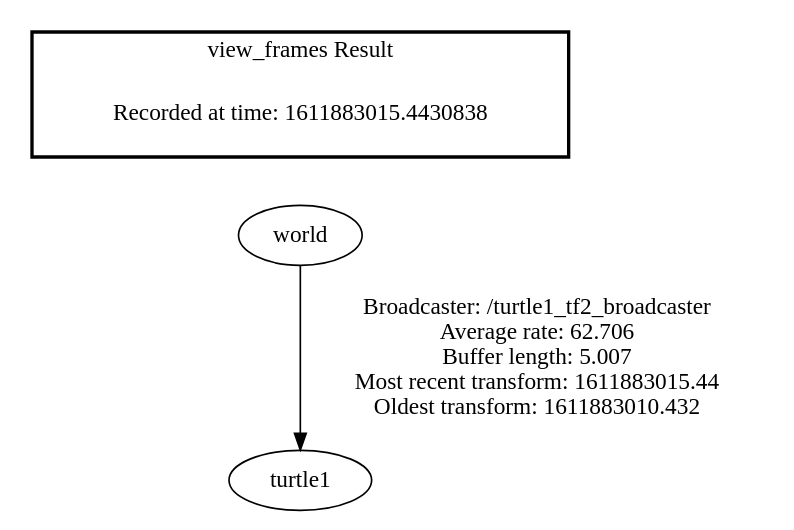
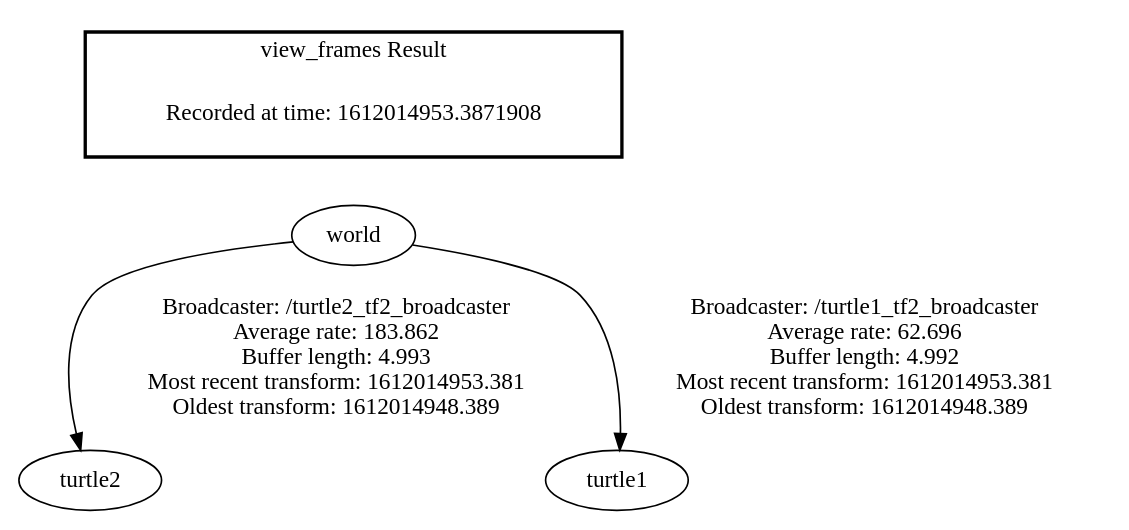
Before and after one commit to PapaBear4/learnROScpp: the diagram in frames.gv, drawn with Graphviz. The commit also changed 39 other files, not shown here.

```diff
--- a/frames.gv
+++ b/frames.gv
@@ -1,7 +1,8 @@
 digraph G {
-"world" -> "turtle1"[label=" Broadcaster: /turtle1_tf2_broadcaster\nAverage rate: 62.706\nBuffer length: 5.007\nMost recent transform: 1611883015.44\nOldest transform: 1611883010.432\n"];
+"world" -> "turtle2"[label=" Broadcaster: /turtle2_tf2_broadcaster\nAverage rate: 183.862\nBuffer length: 4.993\nMost recent transform: 1612014953.381\nOldest transform: 1612014948.389\n"];
+"world" -> "turtle1"[label=" Broadcaster: /turtle1_tf2_broadcaster\nAverage rate: 62.696\nBuffer length: 4.992\nMost recent transform: 1612014953.381\nOldest transform: 1612014948.389\n"];
 edge [style=invis];
  subgraph cluster_legend { style=bold; color=black; label ="view_frames Result";
-"Recorded at time: 1611883015.4430838"[ shape=plaintext ] ;
+"Recorded at time: 1612014953.3871908"[ shape=plaintext ] ;
 }->"world";
 }
```
